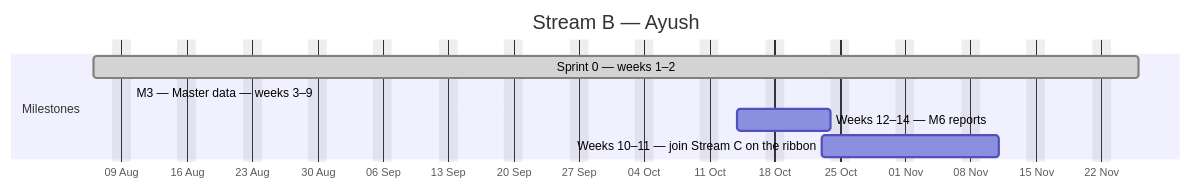
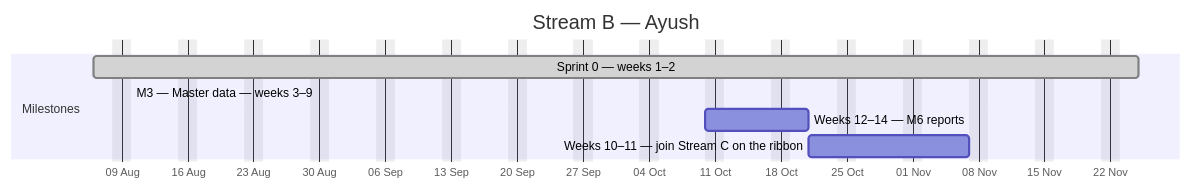
One commit to debashisedunext/EduTrack changed the second of 4 diagrams in docs/plan/GANTT.md. Above: the diagram before and after it, drawn with Mermaid. The commit also changed other lines of this file and 3 other files, not shown here.

````diff
--- a/docs/plan/GANTT.md
+++ b/docs/plan/GANTT.md
@@ -146,12 +142,12 @@
 ```mermaid
 gantt
     dateFormat YYYY-MM-DD
     axisFormat %d %b
     title Stream B — Ayush
     excludes weekends
     section Milestones
-    Sprint 0 — weeks 1–2 :done, b0, 2026-08-06, 80d
-    M3 — Master data — weeks 3–9 :active, b1, 2026-08-10, -14d
-    Weeks 12–14 — M6 reports :b2, 2026-10-14, 8d
-    Weeks 10–11 — join Stream C on the ribbon :b3, 2026-10-23, 13d
+    Sprint 0 — weeks 1–2 :done, b0, 2026-08-06, 79d
+    M3 — Master data — weeks 3–9 :active, b1, 2026-08-10, -15d
+    Weeks 12–14 — M6 reports :b2, 2026-10-10, 8d
+    Weeks 10–11 — join Stream C on the ribbon :b3, 2026-10-21, 13d
 ```
````
